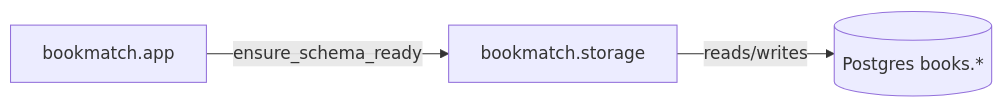
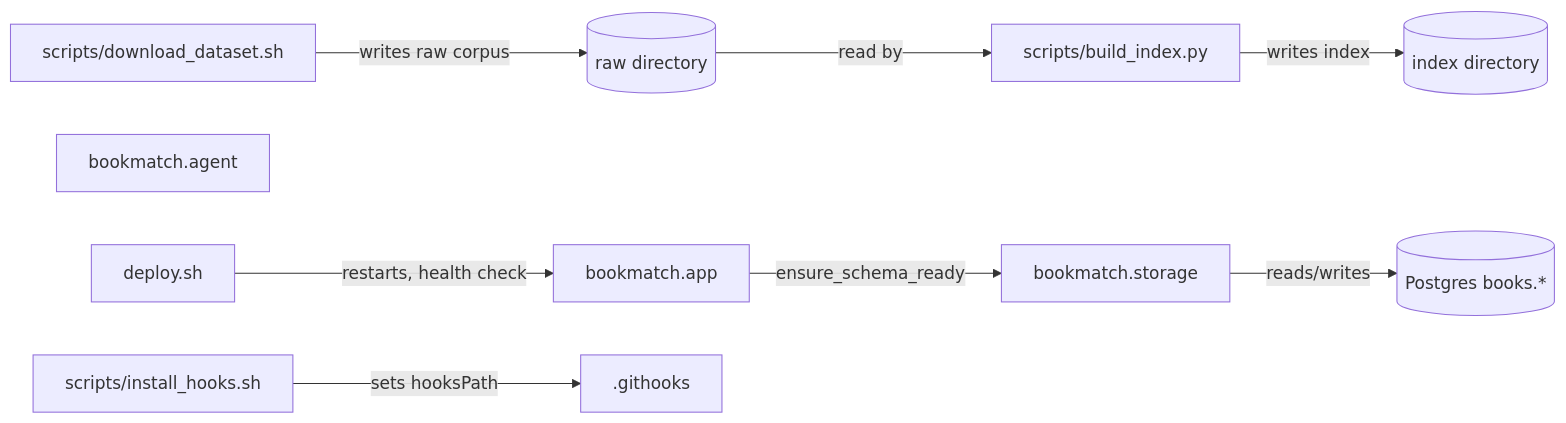
The diagram in docs/2_SYSTEM_ARCHITECTURE.md (cptntrps/bookmatch), drawn with Mermaid before and after one commit. The commit also changed other lines of this file and 5 other files, not shown here.

````diff
--- a/docs/2_SYSTEM_ARCHITECTURE.md
+++ b/docs/2_SYSTEM_ARCHITECTURE.md
@@ -42,5 +64,11 @@
 ```mermaid
 graph LR
+    download[scripts/download_dataset.sh] -->|writes raw corpus| raw[(raw directory)]
+    raw -->|read by| build[scripts/build_index.py]
+    build -->|writes index| index[(index directory)]
     app[bookmatch.app] -->|ensure_schema_ready| storage[bookmatch.storage]
     storage -->|reads/writes| pg[(Postgres books.*)]
+    agent[bookmatch.agent]
+    deploy[deploy.sh] -->|restarts, health check| app
+    hooks[scripts/install_hooks.sh] -->|sets hooksPath| githooks[.githooks]
 ```
````
